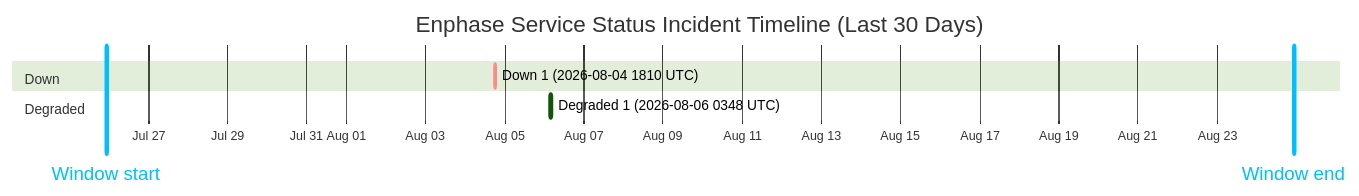
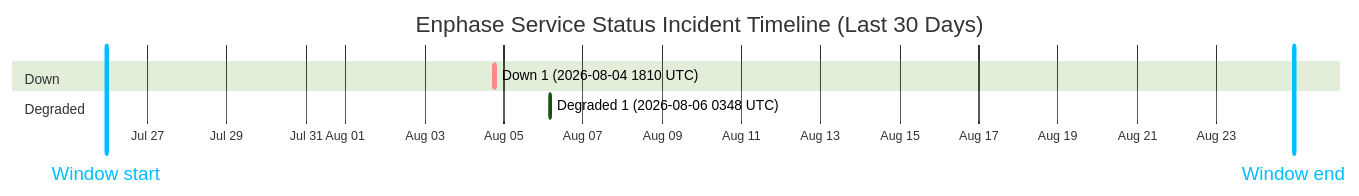
The diagram in wiki/Service-Status-History.md (barneyonline/ha-enphase-energy), drawn with Mermaid (forest theme) before and after one commit. The commit also changed other lines of this file and 3 other files, not shown here.

````diff
--- a/wiki/Service-Status-History.md
+++ b/wiki/Service-Status-History.md
@@ -14,12 +14,12 @@
 ```mermaid
 gantt
     title Enphase Service Status Incident Timeline (Last 30 Days)
     dateFormat  YYYY-MM-DDTHH:mm:ss
     axisFormat  %b %d
-    Window start :vert, window-start, 2026-07-25T22:23:37, 0ms
-    Window end :vert, window-end, 2026-08-24T22:23:37, 0ms
+    Window start :vert, window-start, 2026-07-25T22:52:54, 0ms
+    Window end :vert, window-end, 2026-08-24T22:52:54, 0ms
     section Down
     Down 1 (2026-08-04 1810 UTC) :crit, down-1, 2026-08-04T18:10:46, 60m
     section Degraded
     Degraded 1 (2026-08-06 0348 UTC) :active, degraded-1, 2026-08-06T03:48:14, 60m
 ```
````
